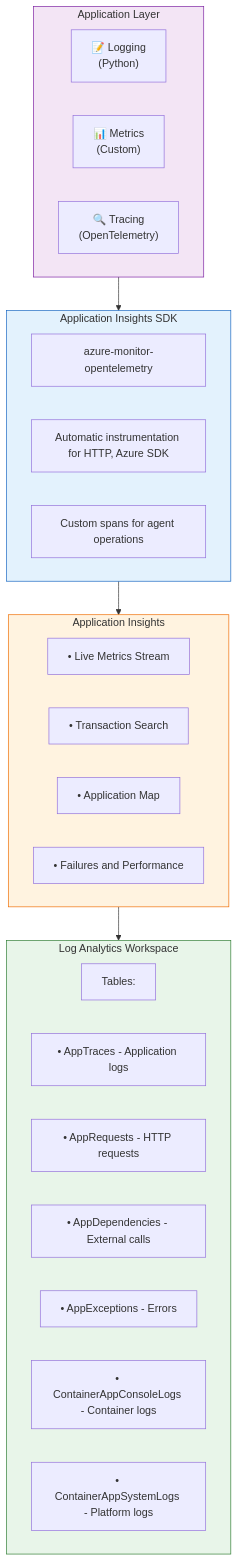
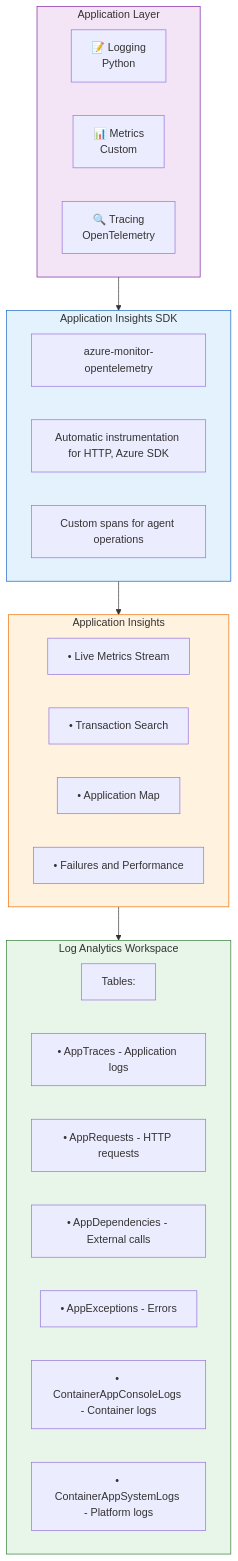
Before and after one commit to amgdy/rfp-analyzer: diagram 17 of 20 in docs/ARCHITECTURE.md, drawn with Mermaid. The commit also changed other lines of this file and 1 other file, not shown here.

Commit message:
Update architecture diagrams in documentation to improve readability with HTML line breaks

````diff
--- a/docs/ARCHITECTURE.md
+++ b/docs/ARCHITECTURE.md
@@ -648,42 +648,42 @@
 ```mermaid
 flowchart TB
     subgraph AppLayer["Application Layer"]
-        L["📝 Logging\n(Python)"]
-        M["📊 Metrics\n(Custom)"]
-        T["🔍 Tracing\n(OpenTelemetry)"]
+        L["📝 Logging<br>Python"]
+        M["📊 Metrics<br>Custom"]
+        T["🔍 Tracing<br>OpenTelemetry"]
     end
     
     AppLayer --> SDK
     
     subgraph SDK["Application Insights SDK"]
         SDK1["azure-monitor-opentelemetry"]
         SDK2["Automatic instrumentation for HTTP, Azure SDK"]
         SDK3["Custom spans for agent operations"]
     end
     
     SDK --> AI
     
     subgraph AI["Application Insights"]
         AI1["• Live Metrics Stream"]
         AI2["• Transaction Search"]
         AI3["• Application Map"]
         AI4["• Failures and Performance"]
     end
     
     AI --> LAW
     
     subgraph LAW["Log Analytics Workspace"]
         LAW1["Tables:"]
         LAW2["• AppTraces - Application logs"]
         LAW3["• AppRequests - HTTP requests"]
         LAW4["• AppDependencies - External calls"]
         LAW5["• AppExceptions - Errors"]
         LAW6["• ContainerAppConsoleLogs - Container logs"]
         LAW7["• ContainerAppSystemLogs - Platform logs"]
     end
     
     style AppLayer fill:#f3e5f5,stroke:#7b1fa2
     style SDK fill:#e3f2fd,stroke:#1565c0
     style AI fill:#fff3e0,stroke:#ef6c00
     style LAW fill:#e8f5e9,stroke:#2e7d32
 ```
````
